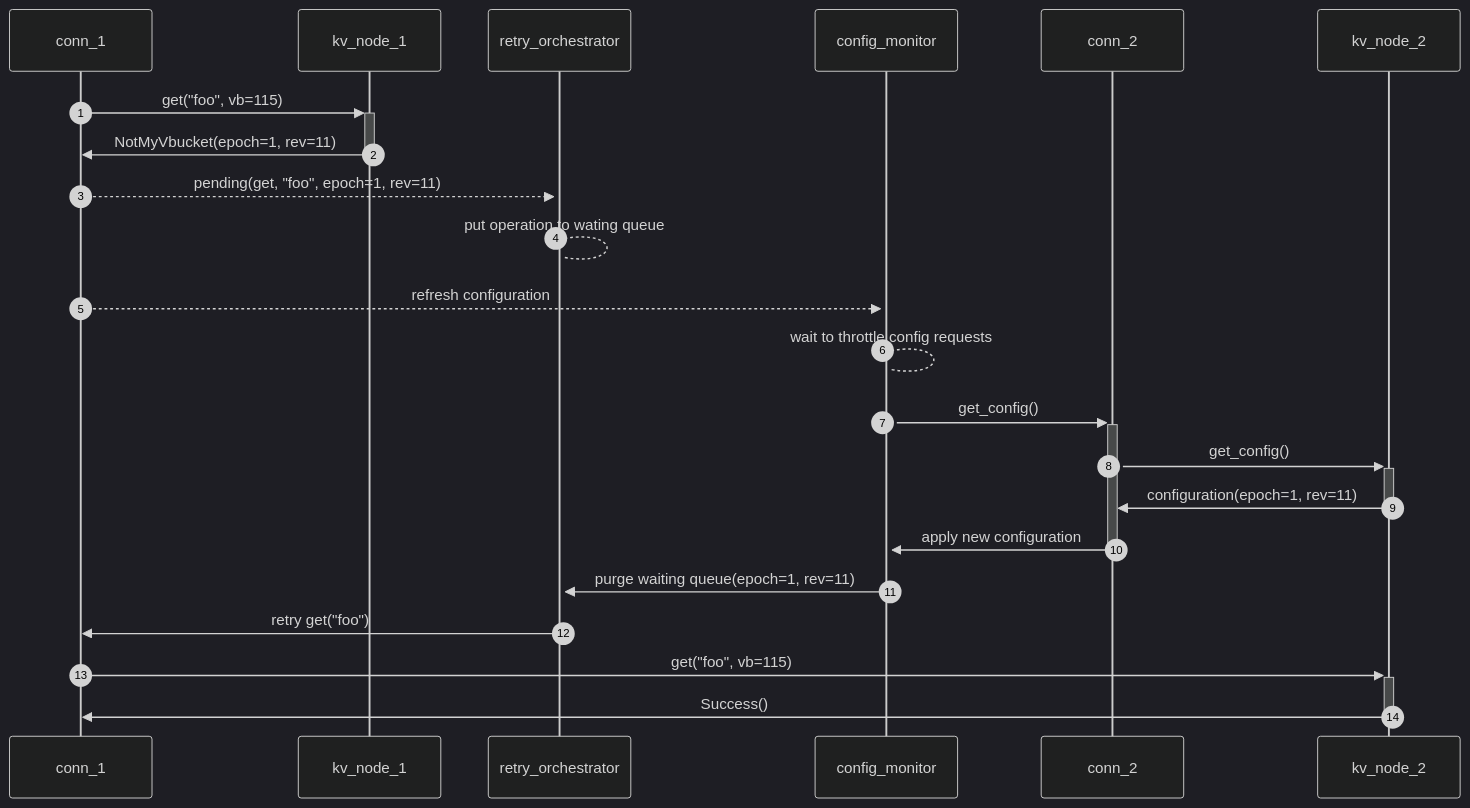
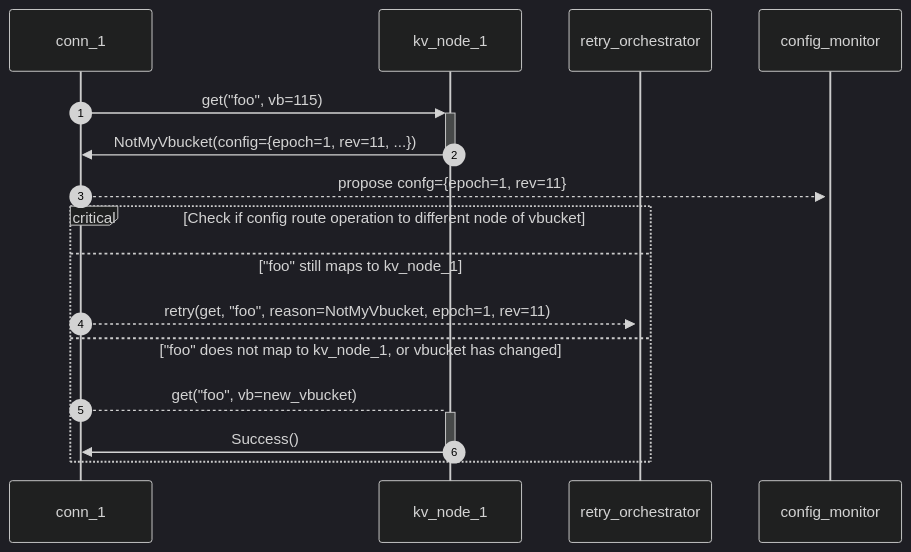
Before and after one commit to couchbaselabs/sdk-rfcs: the second of 2 diagrams in rfc/0075-faster-failover-and-configuration-push.md, drawn with Mermaid (dark theme). The commit also changed other lines of this file, not shown here.

Commit message:
update NotMyVbucket workflow, fixed typos

````diff
--- a/rfc/0075-faster-failover-and-configuration-push.md
+++ b/rfc/0075-faster-failover-and-configuration-push.md
@@ -262,18 +277,25 @@
 ```mermaid
 sequenceDiagram
     autonumber
-                conn_1   ->>+  kv_node_1:           get("foo", vb=115)
-             kv_node_1   ->>-  conn_1:              NotMyVbucket(epoch=1, rev=11)
-                conn_1  -->>+  retry_orchestrator:  pending(get, "foo", epoch=1, rev=11)
-    retry_orchestrator  -->    retry_orchestrator:  put operation to wating queue
-                conn_1  -->>+  config_monitor:      refresh configuration
-        config_monitor  -->    config_monitor:      wait to throttle config requests
-        config_monitor   ->>+  conn_2:              get_config()
-                conn_2   ->>+  kv_node_2:           get_config()
-             kv_node_2   ->>-  conn_2:              configuration(epoch=1, rev=11)
-                conn_2   ->>-  config_monitor:      apply new configuration
-        config_monitor   ->>   retry_orchestrator:  purge waiting queue(epoch=1, rev=11)
-    retry_orchestrator   ->>   conn_1:              retry get("foo")
-                conn_1   ->>+  kv_node_2:           get("foo", vb=115)
-             kv_node_2   ->>-  conn_1:              Success()
+
+    participant conn_1
+    participant kv_node_1
+    participant retry_orchestrator
+    participant config_monitor
+
+            conn_1    ->>+  kv_node_1:       get("foo", vb=115)
+            kv_node_1 ->>-  conn_1:          NotMyVbucket(config={epoch=1, rev=11, ...})
+
+            conn_1   -->>+  config_monitor: propose confg={epoch=1, rev=11}
+
+
+    critical Check if config route operation to different node of vbucket
+
+        option "foo" still maps to kv_node_1
+            conn_1  -->>+  retry_orchestrator:  retry(get, "foo", reason=NotMyVbucket, epoch=1, rev=11)
+
+        option "foo" does not map to kv_node_1, or vbucket has changed 
+            conn_1    -->+  kv_node_1:       get("foo", vb=new_vbucket)
+            kv_node_1 ->>-  conn_1:          Success()
+    end
 ```
````
